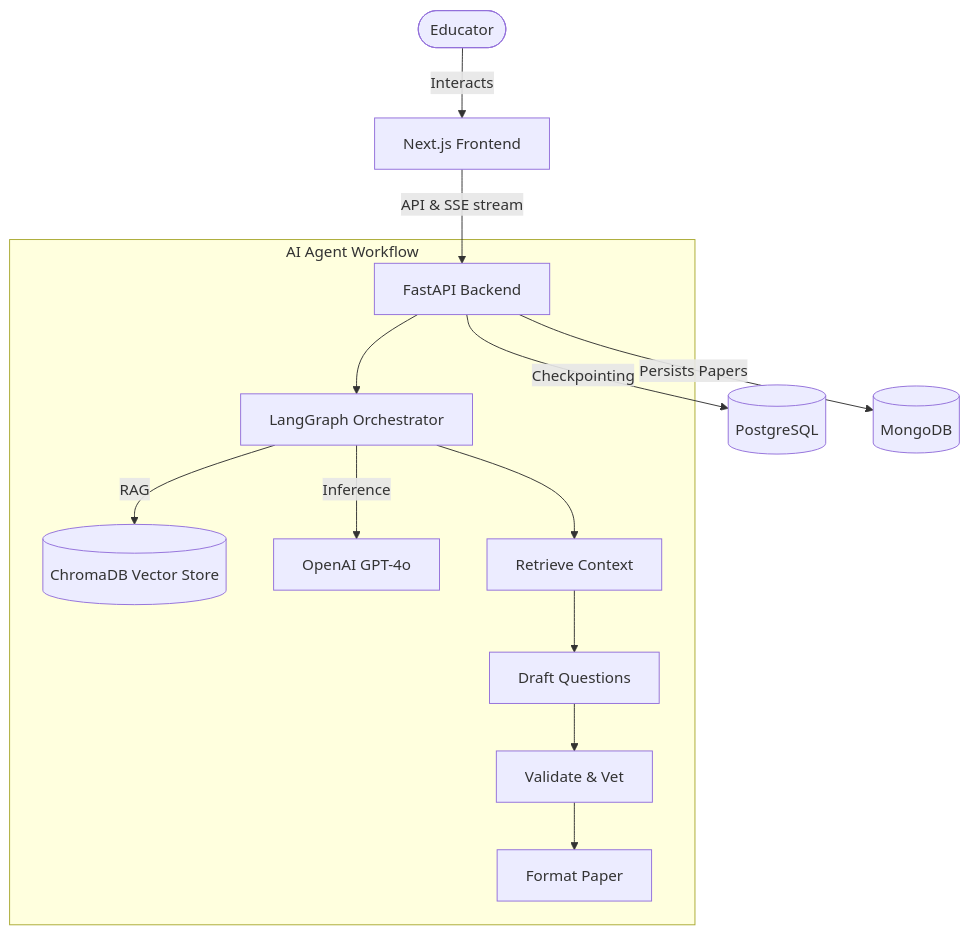
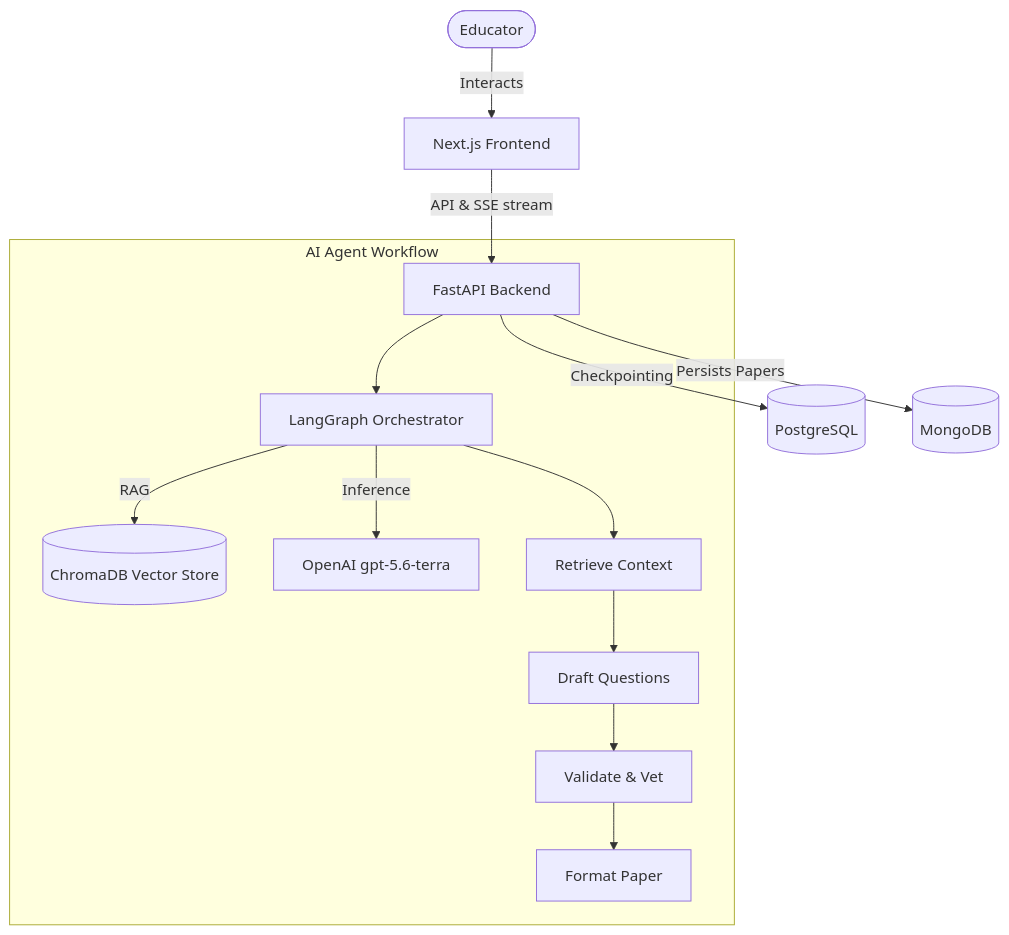
The diagram in README.md (bhavya3024/exam-generator-agent), drawn with Mermaid before and after one commit. The commit also changed 4 other files, not shown here.

Commit message:
docs: replace gpt-4o with gpt-5.6-terra

````diff
--- a/README.md
+++ b/README.md
@@ -37,19 +37,19 @@
 ```mermaid
 graph TD
     User([Educator]) -->|Interacts| UI[Next.js Frontend]
     UI -->|API & SSE stream| Backend[FastAPI Backend]
     
     Backend -->|Checkpointing| PG[(PostgreSQL)]
     Backend -->|Persists Papers| Mongo[(MongoDB)]
     
     subgraph AI_Agent_Workflow [AI Agent Workflow]
         Backend --> Agent[LangGraph Orchestrator]
         Agent -->|RAG| Chroma[(ChromaDB Vector Store)]
-        Agent -->|Inference| LLM[OpenAI GPT-4o]
+        Agent -->|Inference| LLM[OpenAI gpt-5.6-terra]
         
         Agent --> N1[Retrieve Context]
         N1 --> N2[Draft Questions]
         N2 --> N3[Validate & Vet]
         N3 --> N4[Format Paper]
     end
 ```
````
